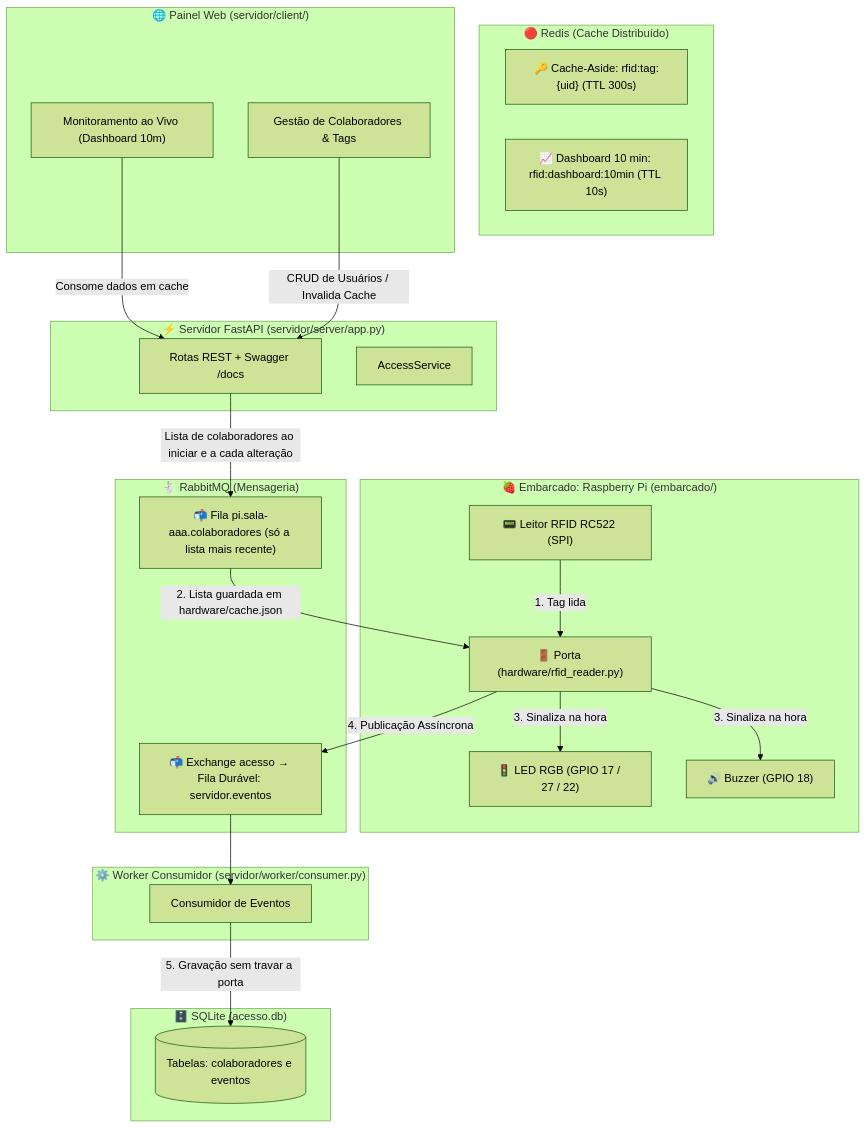
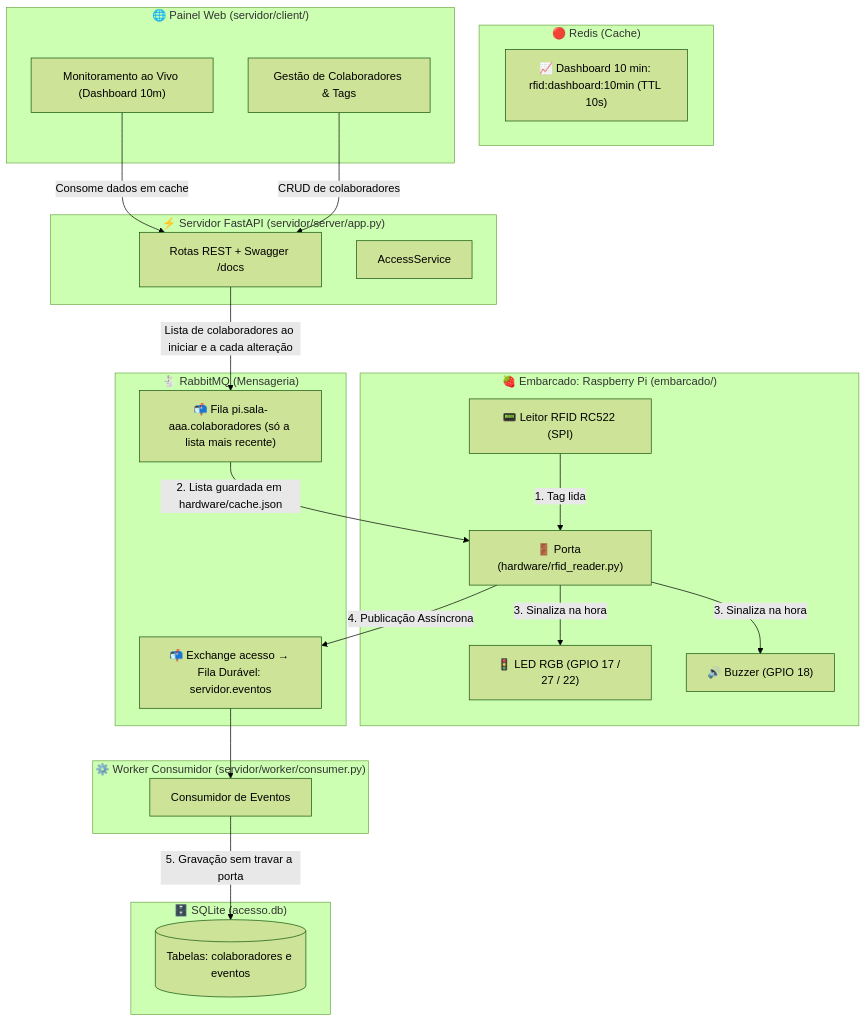
The diagram in README.md (gabhmm/controle-acesso-rfid), drawn with Mermaid (forest theme) before and after one commit. The commit also changed other lines of this file and 32 other files, not shown here.

````diff
--- a/README.md
+++ b/README.md
@@ -9,48 +9,47 @@
 ```mermaid
 flowchart TD
     subgraph Hardware ["🍓 Embarcado: Raspberry Pi (embarcado/)"]
         RC522["📟 Leitor RFID RC522 (SPI)"]
         Porta["🚪 Porta (hardware/rfid_reader.py)"]
         LED["🚦 LED RGB (GPIO 17 / 27 / 22)"]
         BUZZ["🔊 Buzzer (GPIO 18)"]
     end
 
     subgraph API_FastAPI ["⚡ Servidor FastAPI (servidor/server/app.py)"]
         API["Rotas REST + Swagger /docs"]
         Service["AccessService"]
     end
 
-    subgraph Cache_Redis ["🔴 Redis (Cache Distribuído)"]
-        R_Tag["🔑 Cache-Aside: rfid:tag:{uid} (TTL 300s)"]
+    subgraph Cache_Redis ["🔴 Redis (Cache)"]
         R_Dash["📈 Dashboard 10 min: rfid:dashboard:10min (TTL 10s)"]
     end
 
     subgraph Mensageria_RabbitMQ ["🐇 RabbitMQ (Mensageria)"]
         Queue["📬 Exchange acesso → Fila Durável: servidor.eventos"]
         QueuePi["📬 Fila pi.sala-aaa.colaboradores (só a lista mais recente)"]
     end
 
     subgraph Background_Worker ["⚙️ Worker Consumidor (servidor/worker/consumer.py)"]
         Worker["Consumidor de Eventos"]
     end
 
     subgraph Database ["🗄️ SQLite (acesso.db)"]
         DB[(Tabelas: colaboradores e eventos)]
     end
 
     subgraph WebClient ["🌐 Painel Web (servidor/client/)"]
         WebAdmin["Gestão de Colaboradores & Tags"]
         WebMonitor["Monitoramento ao Vivo (Dashboard 10m)"]
     end
 
     RC522 -->|1. Tag lida| Porta
     API -->|Lista de colaboradores ao iniciar e a cada alteração| QueuePi
     QueuePi -->|2. Lista guardada em hardware/cache.json| Porta
     Porta -->|3. Sinaliza na hora| LED
     Porta -->|3. Sinaliza na hora| BUZZ
     Porta -->|4. Publicação Assíncrona| Queue
     Queue --> Worker
     Worker -->|5. Gravação sem travar a porta| DB
     WebMonitor -->|Consome dados em cache| API
-    WebAdmin -->|CRUD de Usuários / Invalida Cache| API
+    WebAdmin -->|CRUD de colaboradores| API
 ```
````
